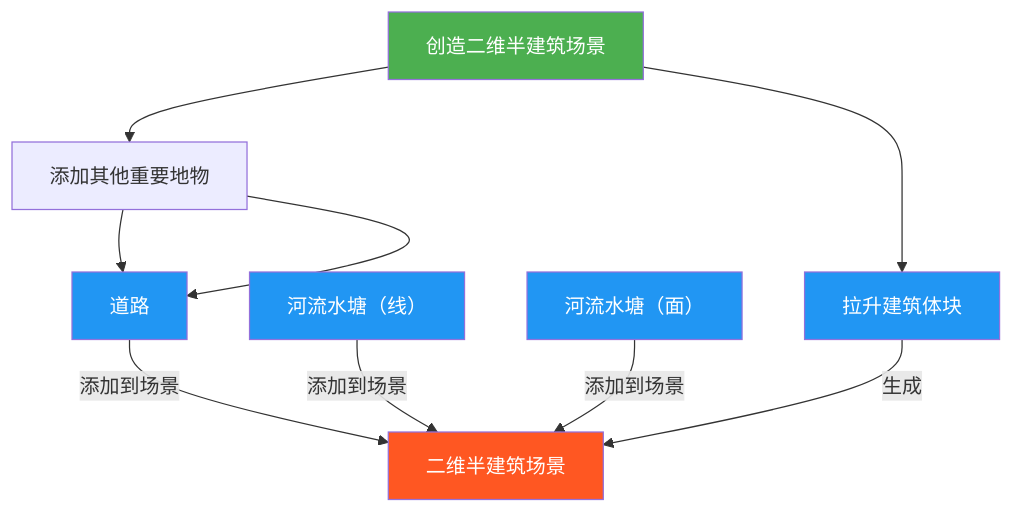
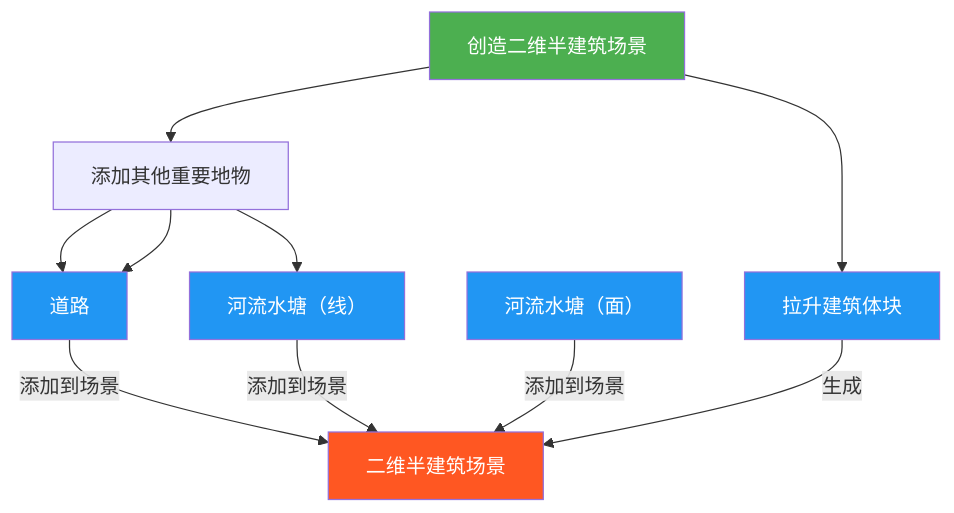
Before and after one commit to newguser/iodraw-files: the diagram in all/未命名.md, drawn with Mermaid.

Commit message:
2025-02-27 21:51:48 update

````diff
--- a/all/未命名.md
+++ b/all/未命名.md
@@ -1,18 +1,19 @@
 ```mermaid
 graph TD
     A[创造二维半建筑场景] --> B[拉升建筑体块]
     A --> C[添加其他重要地物]
 C[添加其他重要地物]-->C1[道路]
+C[添加其他重要地物]-->C2[河流水塘（线）]
 C[添加其他重要地物]-->
         C1[道路] -->|添加到场景| D[二维半建筑场景]
         C2[河流水塘（线）] -->|添加到场景| D
         C3[河流水塘（面）] -->|添加到场景| D
 
 
     B -->|生成| D[二维半建筑场景]
 
     style A fill:#4CAF50,color:white
     style D fill:#FF5722,color:white
     classDef process fill:#2196F3,color:white;
     class B,C1,C2,C3 process
 ```
````
